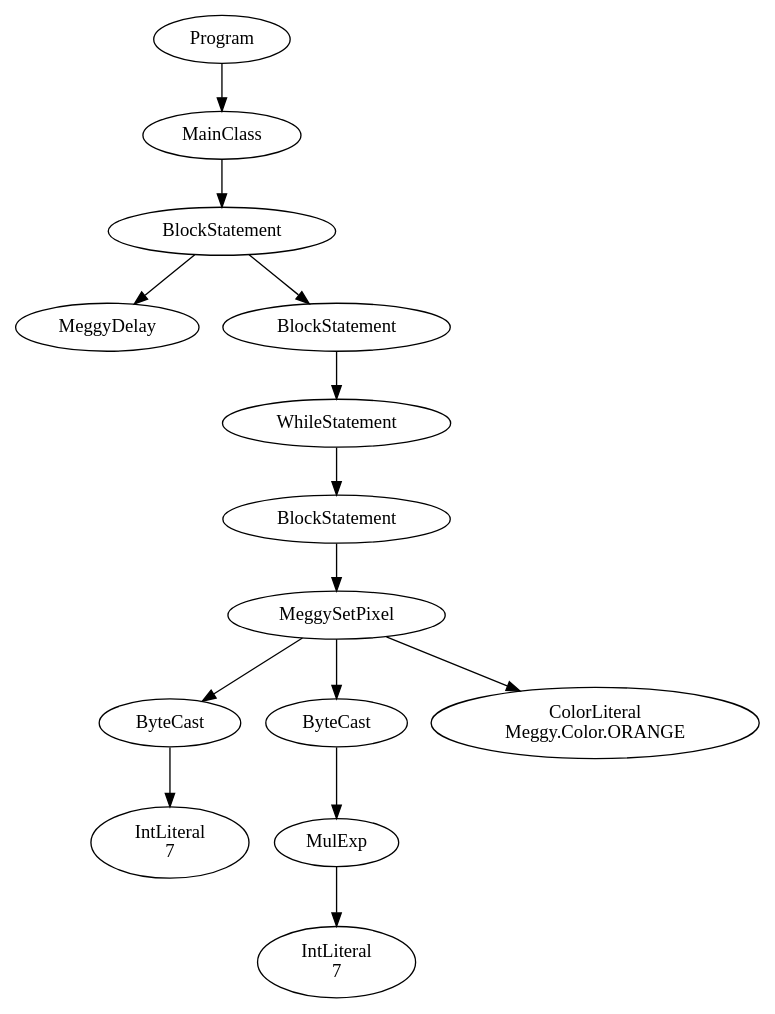
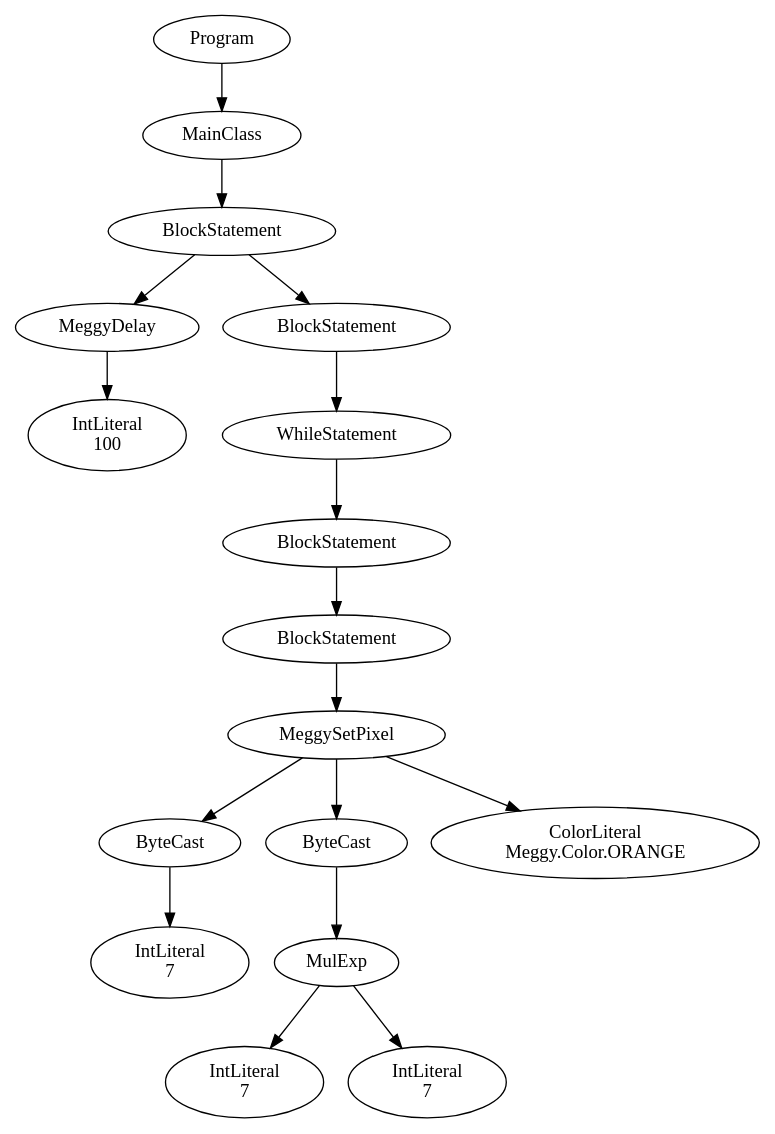
One commit to karmaUdel/Meggy-Java-Compiler changed the diagram in PA3buttondot.java.ast.dot. Above: the diagram before and after it, drawn with Graphviz. The commit also changed 14 other files, not shown here.

```diff
--- a/PA3buttondot.java.ast.dot
+++ b/PA3buttondot.java.ast.dot
@@ -1,29 +1,35 @@
 digraph ASTGraph {
 0 [ label="Program" ];
 1 [ label="MainClass" ];
 0 -> 1
 2 [ label="BlockStatement" ];
 1 -> 2
 3 [ label="MeggyDelay" ];
 2 -> 3
-4 [ label="BlockStatement" ];
-2 -> 4
-5 [ label="WhileStatement" ];
-4 -> 5
-6 [ label="BlockStatement" ];
+4 [ label="IntLiteral\n100" ];
+3 -> 4
+5 [ label="BlockStatement" ];
+2 -> 5
+6 [ label="WhileStatement" ];
 5 -> 6
-7 [ label="MeggySetPixel" ];
+7 [ label="BlockStatement" ];
 6 -> 7
-8 [ label="ByteCast" ];
+8 [ label="BlockStatement" ];
 7 -> 8
-9 [ label="IntLiteral\n7" ];
+9 [ label="MeggySetPixel" ];
 8 -> 9
 10 [ label="ByteCast" ];
-7 -> 10
-11 [ label="MulExp" ];
+9 -> 10
+11 [ label="IntLiteral\n7" ];
 10 -> 11
-12 [ label="IntLiteral\n7" ];
-11 -> 12
-13 [ label="ColorLiteral\nMeggy.Color.ORANGE" ];
-7 -> 13
+12 [ label="ByteCast" ];
+9 -> 12
+13 [ label="MulExp" ];
+12 -> 13
+14 [ label="IntLiteral\n7" ];
+13 -> 14
+15 [ label="IntLiteral\n7" ];
+13 -> 15
+16 [ label="ColorLiteral\nMeggy.Color.ORANGE" ];
+9 -> 16
 }
```
